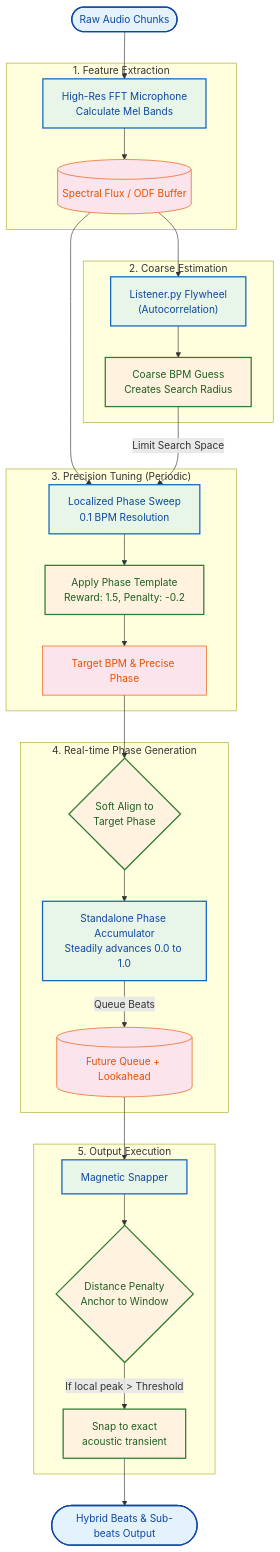
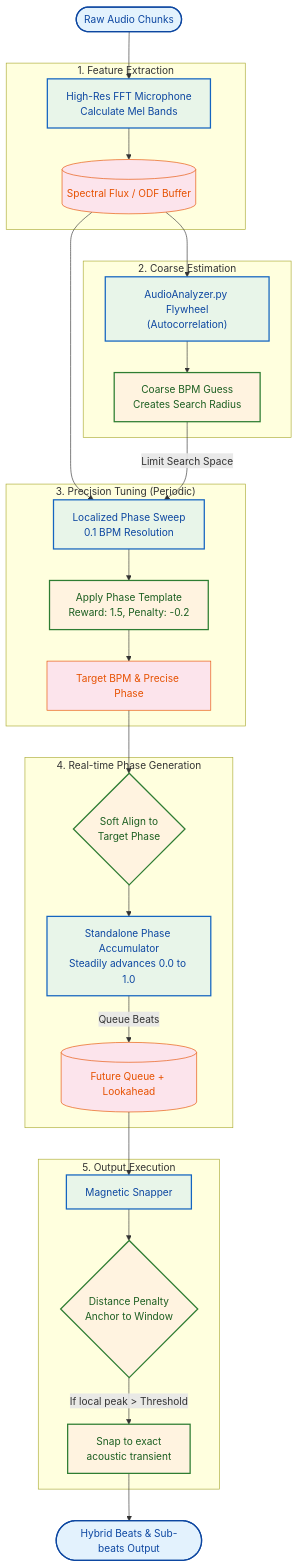
The diagram in .agents/docs/rhythm_tracker_architecture.md (LucRobey/vialactee), drawn with Mermaid before and after one commit. The commit also changed other lines of this file and 7 other files, not shown here.

Commit message:
feat: implement core audio processing pipeline with AudioIngestion and AudioAnalyzer modules.

````diff
--- a/.agents/docs/rhythm_tracker_architecture.md
+++ b/.agents/docs/rhythm_tracker_architecture.md
@@ -42,61 +42,61 @@
 ```mermaid
 flowchart TD
     %% Define styles
     classDef io fill:#e3f2fd,stroke:#0d47a1,stroke-width:2px,color:#0d47a1
     classDef engine fill:#e8f5e9,stroke:#1565c0,stroke-width:2px,color:#0d47a1
     classDef logic fill:#fff3e0,stroke:#2e7d32,stroke-width:2px,color:#1b5e20
     classDef data fill:#fce4ec,stroke:#e65100,stroke-width:1px,color:#e65100
 
     AudioIn(["Raw Audio Chunks"]):::io
     
     subgraph "1. Feature Extraction"
         FFT["High-Res FFT Microphone\nCalculate Mel Bands"]:::engine
         ODF[("Spectral Flux / ODF Buffer")]:::data
     end
 
     subgraph "2. Coarse Estimation"
-        Listener["Listener.py Flywheel\n(Autocorrelation)"]:::engine
+        Listener["AudioAnalyzer.py Flywheel\n(Autocorrelation)"]:::engine
         CoarseBPM["Coarse BPM Guess\nCreates Search Radius"]:::logic
     end
 
     subgraph "3. Precision Tuning (Periodic)"
         PhaseSweep["Localized Phase Sweep\n0.1 BPM Resolution"]:::engine
         Template["Apply Phase Template\nReward: 1.5, Penalty: -0.2"]:::logic
         TargetPhase["Target BPM & Precise Phase"]:::data
     end
 
     subgraph "4. Real-time Phase Generation"
         StandalonePhase["Standalone Phase Accumulator\nSteadily advances 0.0 to 1.0"]:::engine
         SoftReset{"Soft Align to\nTarget Phase"}:::logic
         TriggerQueue[("Future Queue + Lookahead")]:::data
     end
 
     subgraph "5. Output Execution"
         MagSnap["Magnetic Snapper"]:::engine
         PenaltyCalc{"Distance Penalty\nAnchor to Window"}:::logic
         PhysicalSnap["Snap to exact\nacoustic transient"]:::logic
     end
 
     BeatsOut(["Hybrid Beats & Sub-beats Output"]):::io
 
     %% Connections
     AudioIn --> FFT
     FFT --> ODF
     ODF --> Listener
     Listener --> CoarseBPM
     
     ODF --> PhaseSweep
     CoarseBPM -->|Limit Search Space| PhaseSweep
     PhaseSweep --> Template
     Template --> TargetPhase
     
     TargetPhase --> SoftReset
     SoftReset --> StandalonePhase
     StandalonePhase -->|Queue Beats| TriggerQueue
     
     TriggerQueue --> MagSnap
     MagSnap --> PenaltyCalc
     PenaltyCalc -->|If local peak > Threshold| PhysicalSnap
     PhysicalSnap --> BeatsOut
     
 ```
````
